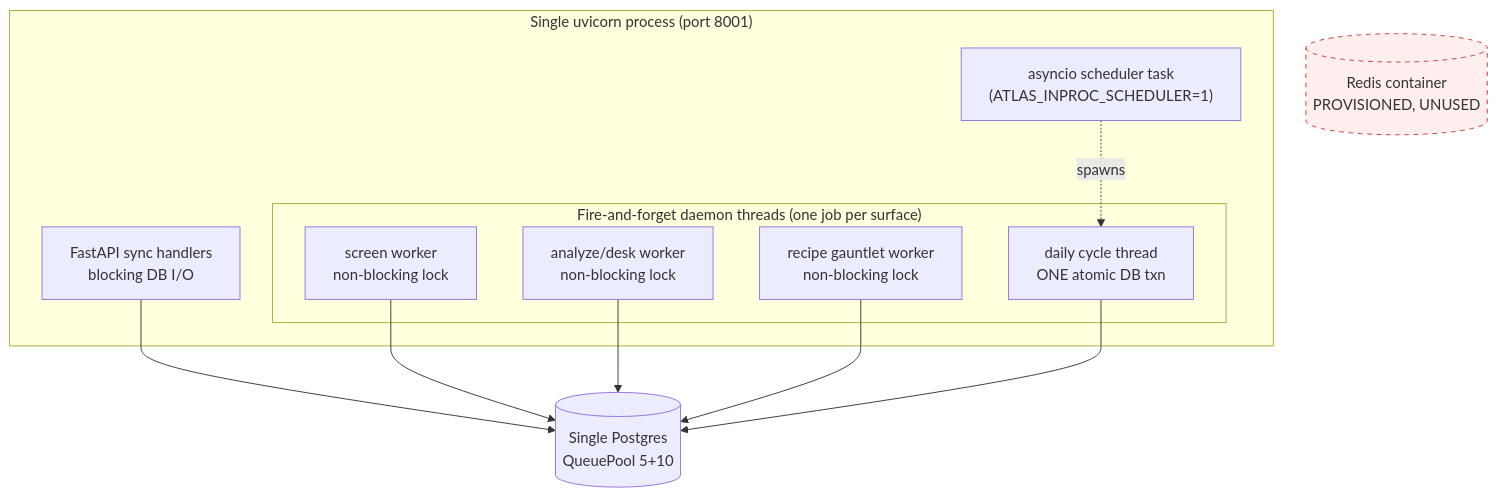
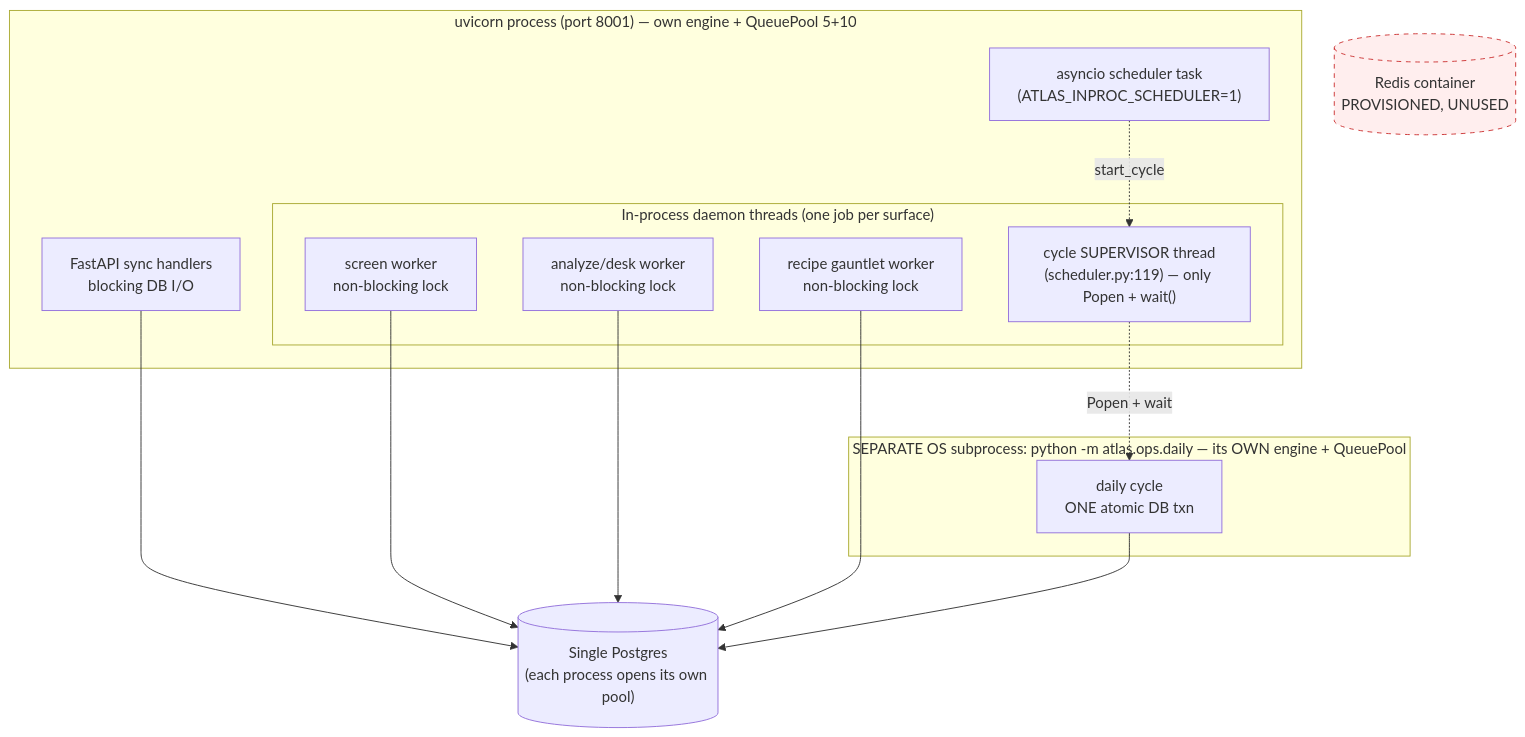
Before and after one commit to jkaryampudi/atlas: the second of 2 diagrams in REVIEW_PACKAGE/15_PERFORMANCE.md, drawn with Mermaid. The commit also changed other lines of this file and 17 other files, not shown here.

````diff
--- a/REVIEW_PACKAGE/15_PERFORMANCE.md
+++ b/REVIEW_PACKAGE/15_PERFORMANCE.md
@@ -315,21 +315,25 @@
 ```mermaid
 flowchart TD
-    subgraph proc["Single uvicorn process (port 8001)"]
+    subgraph proc["uvicorn process (port 8001) — own engine + QueuePool 5+10"]
         API["FastAPI sync handlers<br/>blocking DB I/O"]
         SCHED["asyncio scheduler task<br/>(ATLAS_INPROC_SCHEDULER=1)"]
-        subgraph workers["Fire-and-forget daemon threads (one job per surface)"]
+        subgraph workers["In-process daemon threads (one job per surface)"]
             SCR["screen worker<br/>non-blocking lock"]
             ANA["analyze/desk worker<br/>non-blocking lock"]
             REC["recipe gauntlet worker<br/>non-blocking lock"]
-            CYC["daily cycle thread<br/>ONE atomic DB txn"]
+            SUP["cycle SUPERVISOR thread<br/>(scheduler.py:119) — only Popen + wait()"]
         end
     end
-    API --> PG[("Single Postgres<br/>QueuePool 5+10")]
+    subgraph cycproc["SEPARATE OS subprocess: python -m atlas.ops.daily — its OWN engine + QueuePool"]
+        CYC["daily cycle<br/>ONE atomic DB txn"]
+    end
+    API --> PG[("Single Postgres<br/>(each process opens its own pool)")]
     SCR --> PG
     ANA --> PG
     REC --> PG
     CYC --> PG
-    SCHED -.spawns.-> CYC
+    SCHED -. start_cycle .-> SUP
+    SUP -. Popen + wait .-> CYC
     REDIS[("Redis container<br/>PROVISIONED, UNUSED")]:::unused
     classDef unused fill:#fee,stroke:#c33,stroke-dasharray: 5 5;
 ```
````
